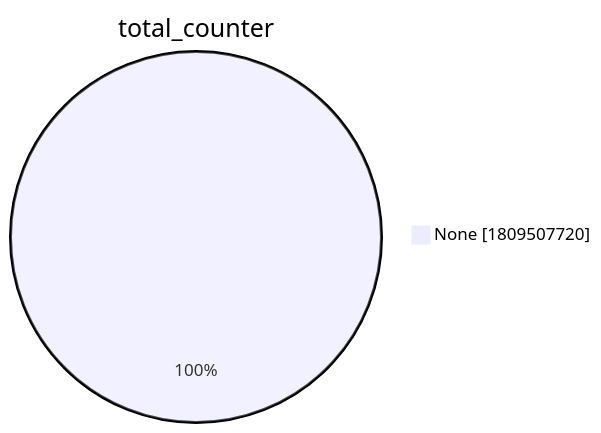
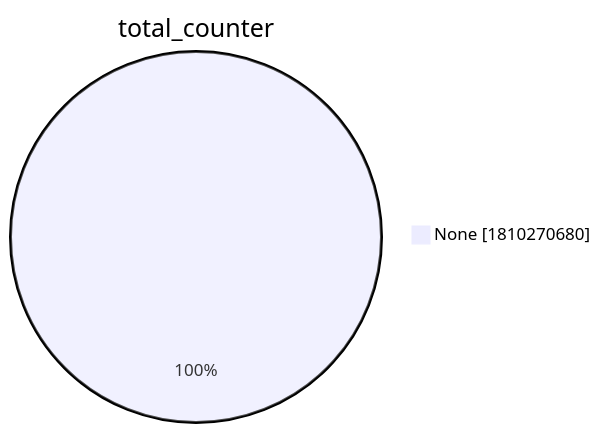
Before and after one commit to christiankrug/ctmonitor_visualization: the second of 15 diagrams in xenon2022/README.md, drawn with Mermaid. The commit also changed other lines of this file, not shown here.

````diff
--- a/xenon2022/README.md
+++ b/xenon2022/README.md
@@ -9,5 +9,5 @@
 ```mermaid
 pie showData
 title total_counter
-"None" :1809507720
+"None" :1810270680
 ```
````
